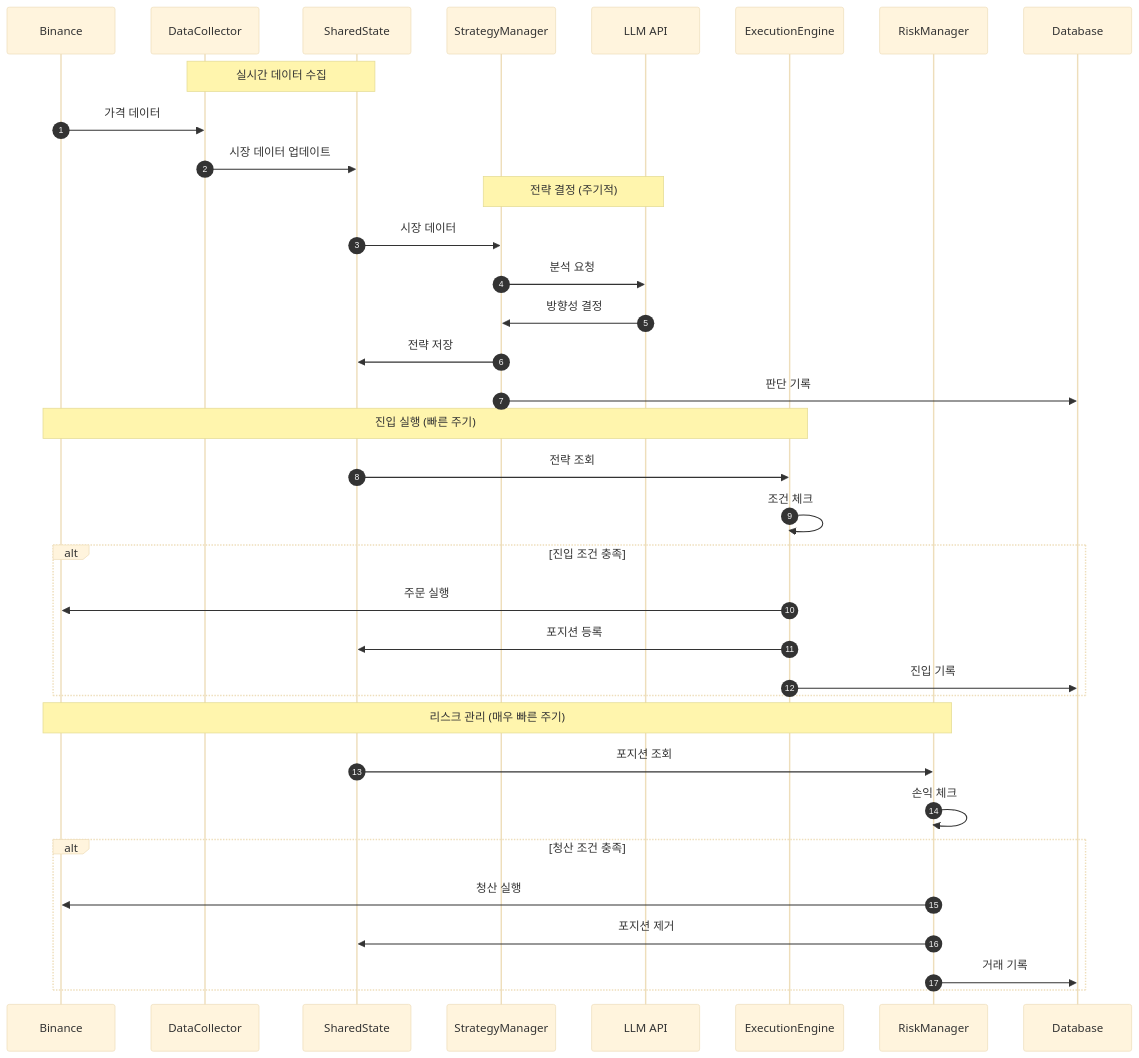
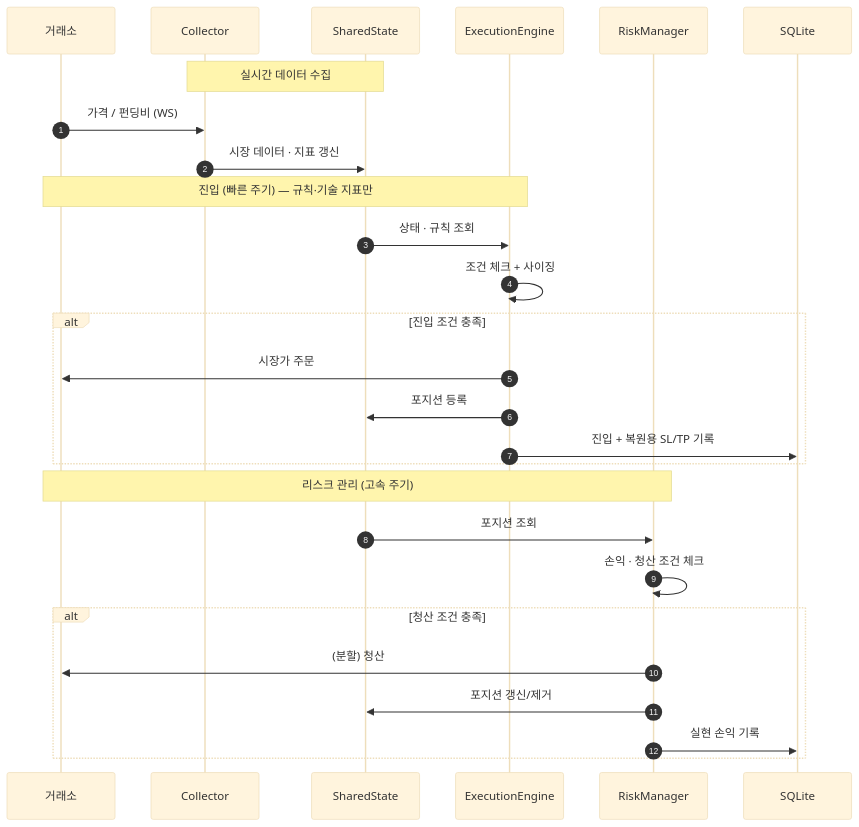
The second of 3 diagrams in README.md (lmj00/ai-trading-md), drawn with Mermaid (base theme) before and after one commit. The commit also changed other lines of this file, not shown here.

````diff
--- a/README.md
+++ b/README.md
@@ -95,41 +148,32 @@
 ```mermaid
 sequenceDiagram
     autonumber
-    participant BC as Binance
-    participant DC as DataCollector
+    participant EX as 거래소
+    participant DC as Collector
     participant SS as SharedState
-    participant SM as StrategyManager
-    participant LLM as LLM API
     participant EE as ExecutionEngine
     participant RM as RiskManager
-    participant DB as Database
+    participant DB as SQLite
 
     Note over DC,SS: 실시간 데이터 수집
-    BC->>DC: 가격 데이터
-    DC->>SS: 시장 데이터 업데이트
+    EX->>DC: 가격 / 펀딩비 (WS)
+    DC->>SS: 시장 데이터 · 지표 갱신
 
-    Note over SM,LLM: 전략 결정 (주기적)
-    SS->>SM: 시장 데이터
-    SM->>LLM: 분석 요청
-    LLM->>SM: 방향성 결정
-    SM->>SS: 전략 저장
-    SM->>DB: 판단 기록
-
-    Note over EE,BC: 진입 실행 (빠른 주기)
-    SS->>EE: 전략 조회
-    EE->>EE: 조건 체크
+    Note over EE,EX: 진입 (빠른 주기) — 규칙·기술 지표만
+    SS->>EE: 상태 · 규칙 조회
+    EE->>EE: 조건 체크 + 사이징
     alt 진입 조건 충족
-        EE->>BC: 주문 실행
+        EE->>EX: 시장가 주문
         EE->>SS: 포지션 등록
-        EE->>DB: 진입 기록
+        EE->>DB: 진입 + 복원용 SL/TP 기록
     end
 
-    Note over RM,BC: 리스크 관리 (매우 빠른 주기)
+    Note over RM,EX: 리스크 관리 (고속 주기)
     SS->>RM: 포지션 조회
-    RM->>RM: 손익 체크
+    RM->>RM: 손익 · 청산 조건 체크
     alt 청산 조건 충족
-        RM->>BC: 청산 실행
-        RM->>SS: 포지션 제거
-        RM->>DB: 거래 기록
+        RM->>EX: (분할) 청산
+        RM->>SS: 포지션 갱신/제거
+        RM->>DB: 실현 손익 기록
     end
 ```
````
